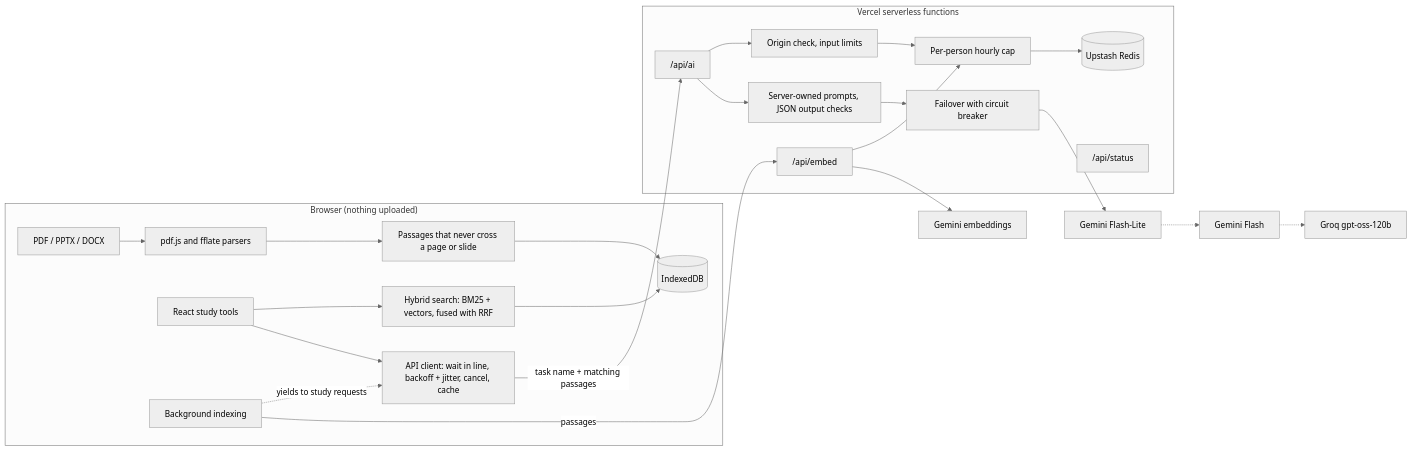
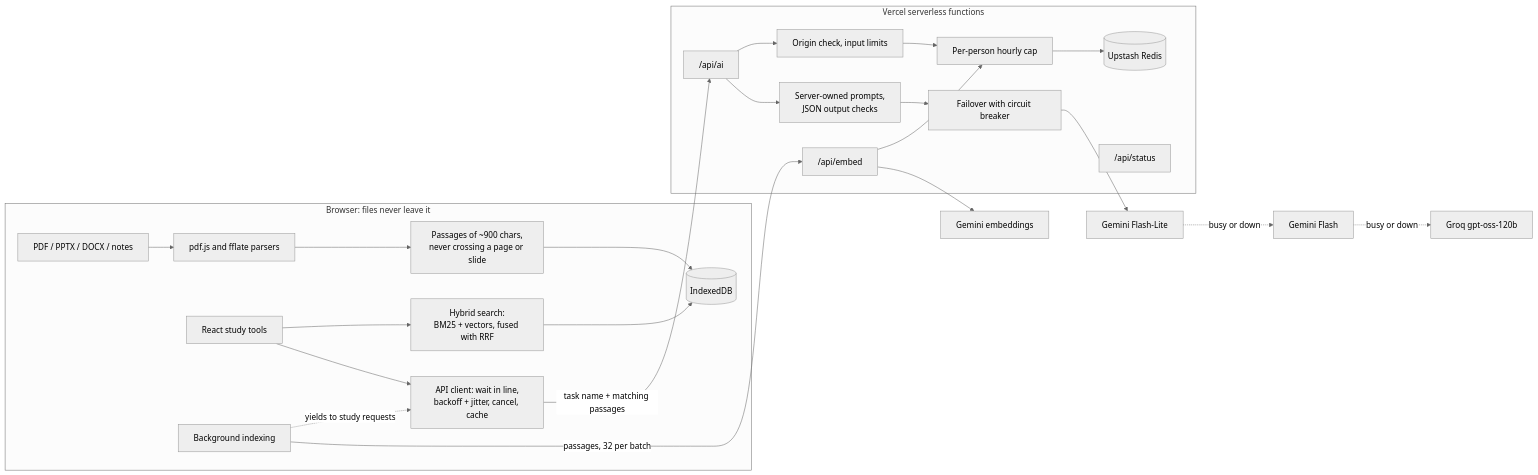
The first of 2 diagrams in README.md (ayaanalv/vubicle), drawn with Mermaid (neutral theme) before and after one commit. The commit also changed other lines of this file, not shown here.

````diff
--- a/README.md
+++ b/README.md
@@ -34,25 +93,25 @@
 ```mermaid
 flowchart LR
-  subgraph Browser["Browser (nothing uploaded)"]
-    Files[PDF / PPTX / DOCX] --> Parse[pdf.js and fflate parsers]
-    Parse --> Chunk[Passages that never cross a page or slide]
+  subgraph Browser["Browser: files never leave it"]
+    Files[PDF / PPTX / DOCX / notes] --> Parse[pdf.js and fflate parsers]
+    Parse --> Chunk["Passages of ~900 chars,<br/>never crossing a page or slide"]
     Chunk --> IDB[(IndexedDB)]
-    Tools[React study tools] --> Search[Hybrid search: BM25 + vectors, fused with RRF]
+    Tools[React study tools] --> Search["Hybrid search:<br/>BM25 + vectors, fused with RRF"]
     Search --> IDB
-    Tools --> Line[API client: wait in line, backoff + jitter, cancel, cache]
+    Tools --> Line["API client: wait in line,<br/>backoff + jitter, cancel, cache"]
     Index[Background indexing] -. yields to study requests .-> Line
   end
   Line -- "task name + matching passages" --> AI
-  Index -- "passages" --> Embed
+  Index -- "passages, 32 per batch" --> Embed
   subgraph Vercel["Vercel serverless functions"]
     AI["/api/ai"] --> Guard[Origin check, input limits]
     Guard --> Cap[Per-person hourly cap]
     Cap --> Redis[(Upstash Redis)]
-    AI --> Prompts[Server-owned prompts, JSON output checks]
+    AI --> Prompts["Server-owned prompts,<br/>JSON output checks"]
     Prompts --> Failover[Failover with circuit breaker]
     Embed["/api/embed"] --> Cap
     Status["/api/status"]
   end
-  Failover --> Lite[Gemini Flash-Lite] -.-> Flash[Gemini Flash] -.-> Groq[Groq gpt-oss-120b]
+  Failover --> Lite[Gemini Flash-Lite] -.->|busy or down| Flash[Gemini Flash] -.->|busy or down| Groq[Groq gpt-oss-120b]
   Embed --> GE[Gemini embeddings]
 ```
````
